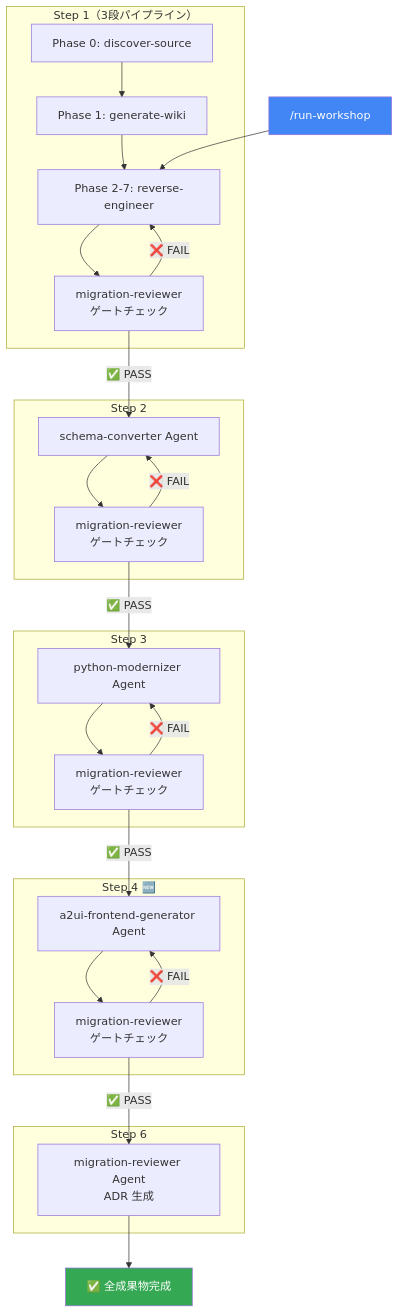
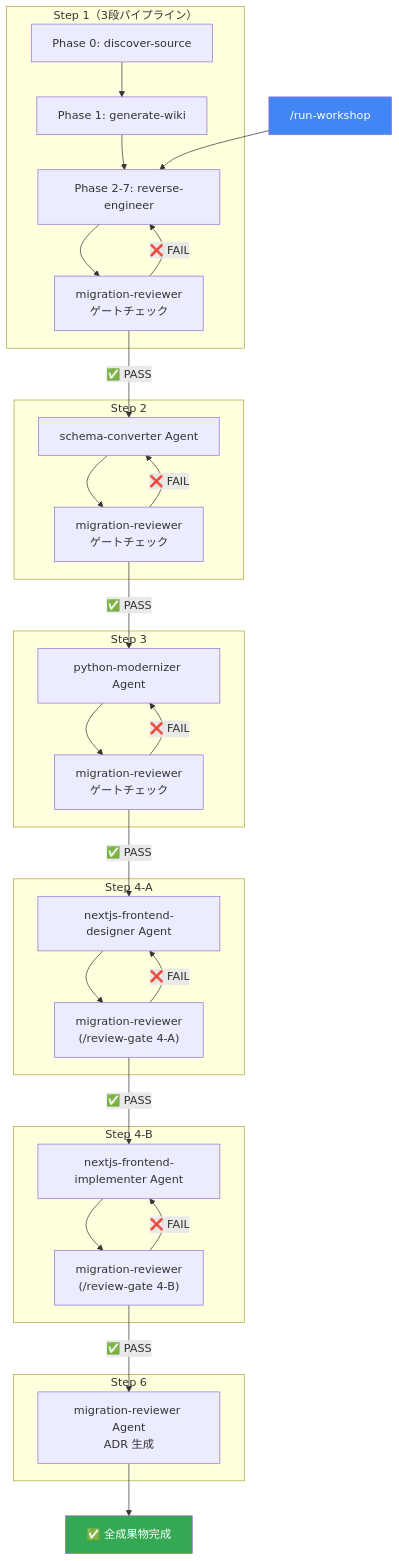
Before and after one commit to tyorikan/migration-with-ai: the ninth of 10 diagrams in workshop-real/README.md, drawn with Mermaid. The commit also changed other lines of this file and 28 other files, not shown here.

````diff
--- a/workshop-real/README.md
+++ b/workshop-real/README.md
@@ -430,48 +487,56 @@
 ```mermaid
 flowchart TD
     RW["/run-workshop"]
 
     subgraph "Step 1（3段パイプライン）"
         S1P0["Phase 0: discover-source"]
         S1P1["Phase 1: generate-wiki"]
         S1A["Phase 2-7: reverse-engineer"]
         S1R["migration-reviewer<br/>ゲートチェック"]
         S1P0 --> S1P1 --> S1A
     end
 
     subgraph "Step 2"
         S2A["schema-converter Agent"]
         S2R["migration-reviewer<br/>ゲートチェック"]
     end
 
     subgraph "Step 3"
         S3A["python-modernizer Agent"]
         S3R["migration-reviewer<br/>ゲートチェック"]
     end
 
-    subgraph "Step 4 🆕"
-        S4A["a2ui-frontend-generator Agent"]
-        S4R["migration-reviewer<br/>ゲートチェック"]
+    subgraph "Step 4-A"
+        S4Da["nextjs-frontend-designer Agent"]
+        S4Dr["migration-reviewer<br/>(/review-gate 4-A)"]
+    end
+
+    subgraph "Step 4-B"
+        S4Ia["nextjs-frontend-implementer Agent"]
+        S4Ir["migration-reviewer<br/>(/review-gate 4-B)"]
     end
 
     subgraph "Step 6"
         S6A["migration-reviewer Agent<br/>ADR 生成"]
     end
 
     RW --> S1A --> S1R
     S1R -->|"✅ PASS"| S2A
     S1R -->|"❌ FAIL"| S1A
     S2A --> S2R
     S2R -->|"✅ PASS"| S3A
     S2R -->|"❌ FAIL"| S2A
     S3A --> S3R
-    S3R -->|"✅ PASS"| S4A
+    S3R -->|"✅ PASS"| S4Da
     S3R -->|"❌ FAIL"| S3A
-    S4A --> S4R
-    S4R -->|"✅ PASS"| S6A
-    S4R -->|"❌ FAIL"| S4A
+    S4Da --> S4Dr
+    S4Dr -->|"✅ PASS"| S4Ia
+    S4Dr -->|"❌ FAIL"| S4Da
+    S4Ia --> S4Ir
+    S4Ir -->|"✅ PASS"| S6A
+    S4Ir -->|"❌ FAIL"| S4Ia
     S6A --> DONE["✅ 全成果物完成"]
 
     style RW fill:#4285F4,color:#fff
     style DONE fill:#34A853,color:#fff
 ```
````
